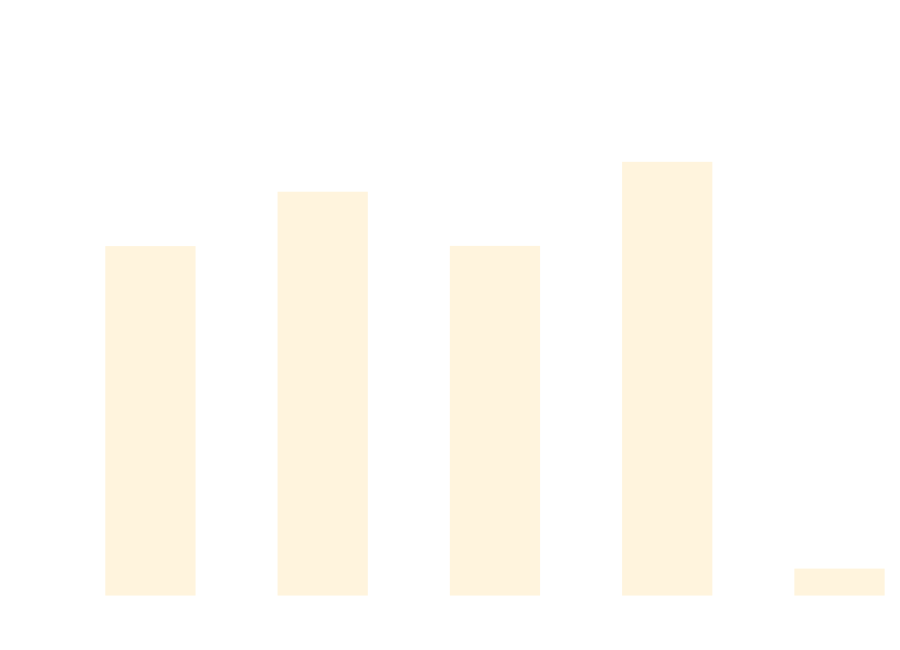
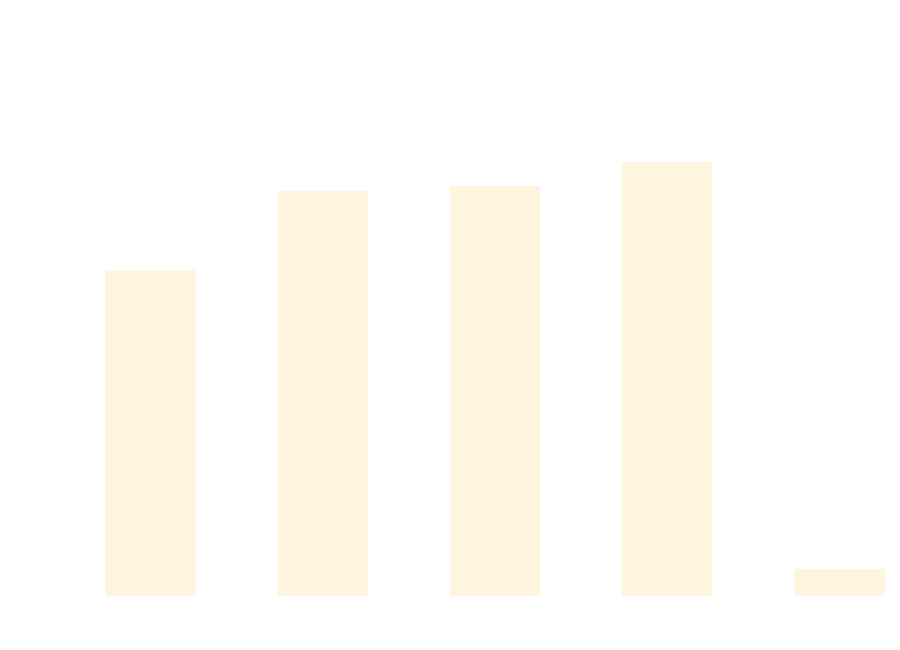
Before and after one commit to thomhurst/TUnit: the diagram in docs/docs/benchmarks/DataDrivenTests.md, drawn with Mermaid. The commit also changed other lines of this file and 17 other files, not shown here.

````diff
--- a/docs/docs/benchmarks/DataDrivenTests.md
+++ b/docs/docs/benchmarks/DataDrivenTests.md
@@ -27,37 +27,37 @@
 ```mermaid
 %%{init: {
   'theme':'base',
   'themeVariables': {
     'primaryColor': '#2563eb',
     'primaryTextColor': '#ffffff',
     'primaryBorderColor': '#1e40af',
     'lineColor': '#6b7280',
     'secondaryColor': '#7c3aed',
     'tertiaryColor': '#dc2626',
     'background': '#ffffff',
     'mainBkg': '#2563eb',
     'secondBkg': '#7c3aed',
     'tertiaryBkg': '#dc2626',
     'clusterBkg': '#f3f4f6',
     'edgeLabelBackground': '#ffffff',
     'tertiaryTextColor': '#1f2937',
     'pie1': '#2563eb',
     'pie2': '#7c3aed',
     'pie3': '#dc2626',
     'pie4': '#f59e0b',
     'pie5': '#10b981',
     'pie6': '#06b6d4',
     'pie7': '#ec4899',
     'pie8': '#6366f1',
     'pie9': '#84cc16',
     'pie10': '#f97316',
     'pie11': '#14b8a6',
     'pie12': '#a855f7'
   }
 }}%%
 xychart-beta
   title "DataDrivenTests Performance Comparison"
   x-axis ["TUnit", "NUnit", "MSTest", "xUnit3", "TUnit_AOT"]
-  y-axis "Time (ms)" 0 --> 704
-  bar [470.01, 545.26, 470.3, 586.63, 23.73]
+  y-axis "Time (ms)" 0 --> 753
+  bar [466.72, 584.61, 591.66, 627.28, 25.02]
 ```
````
